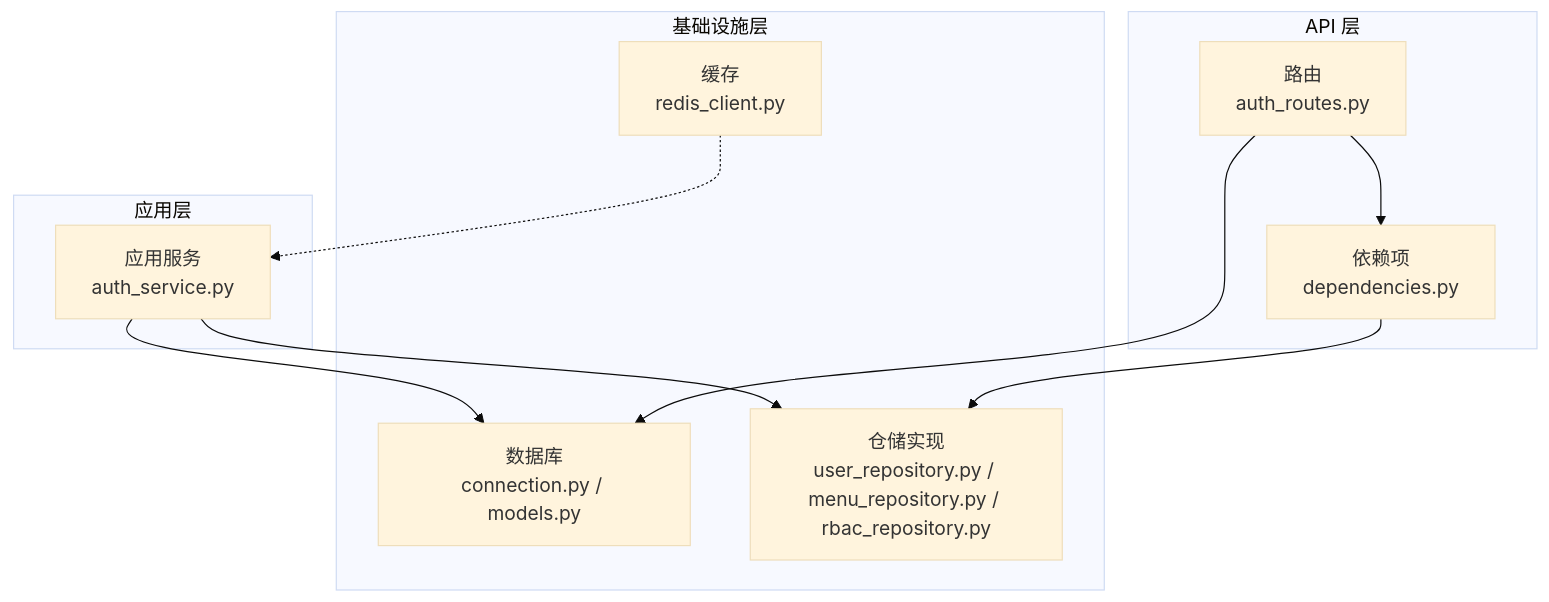
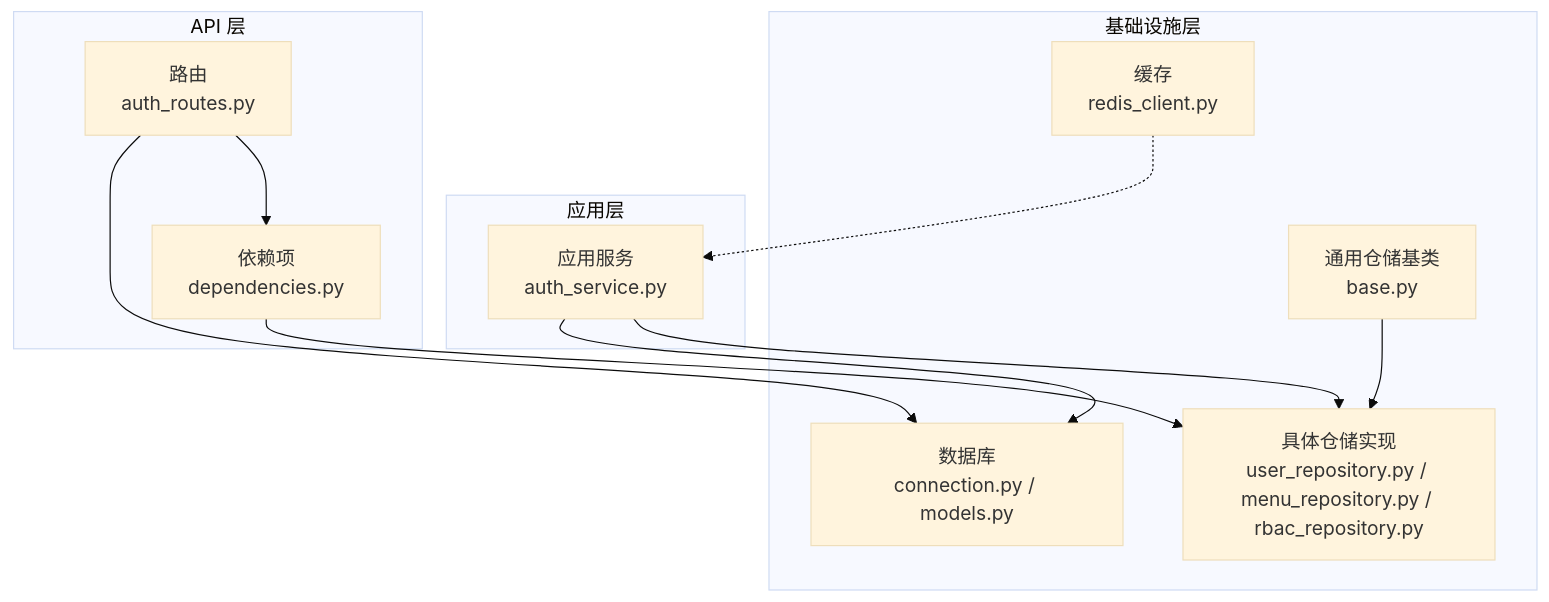
Before and after one commit to taoweidong/Hello-FastApi: the first of 7 diagrams in .qoder/repowiki/zh/content/后端架构设计/DDD 分层架构详解/基础设施层（Data Access）.md, drawn with Mermaid (base theme). The commit also changed other lines of this file and 11 other files, not shown here.

````diff
--- a/.qoder/repowiki/zh/content/后端架构设计/DDD 分层架构详解/基础设施层（Data Access）.md
+++ b/.qoder/repowiki/zh/content/后端架构设计/DDD 分层架构详解/基础设施层（Data Access）.md
@@ -46,21 +58,23 @@
 ```mermaid
 graph TB
 subgraph "基础设施层"
 DB["数据库<br/>connection.py / models.py"]
-REPO["仓储实现<br/>user_repository.py / menu_repository.py / rbac_repository.py"]
+BASE["通用仓储基类<br/>base.py"]
+REPO["具体仓储实现<br/>user_repository.py / menu_repository.py / rbac_repository.py"]
 CACHE["缓存<br/>redis_client.py"]
 end
 subgraph "应用层"
 SVC["应用服务<br/>auth_service.py"]
 end
 subgraph "API 层"
 ROUTES["路由<br/>auth_routes.py"]
 DEPS["依赖项<br/>dependencies.py"]
 end
 SVC --> REPO
 ROUTES --> DEPS
 DEPS --> REPO
 SVC --> DB
 ROUTES --> DB
 CACHE -.-> SVC
+BASE --> REPO
 ```
````
